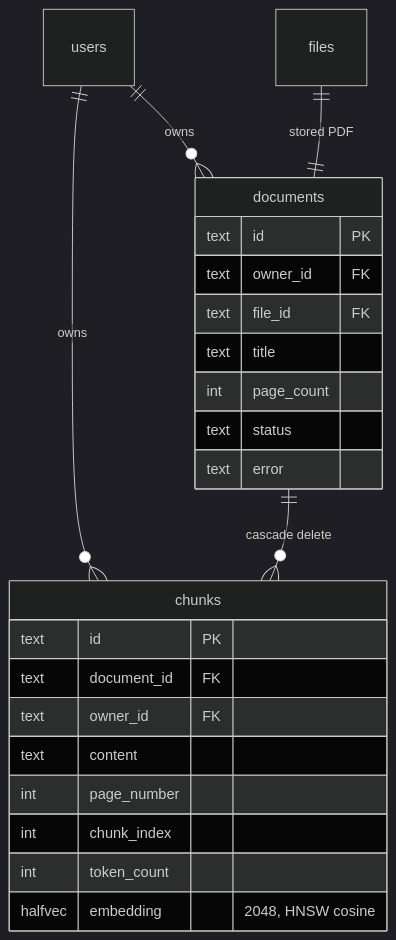
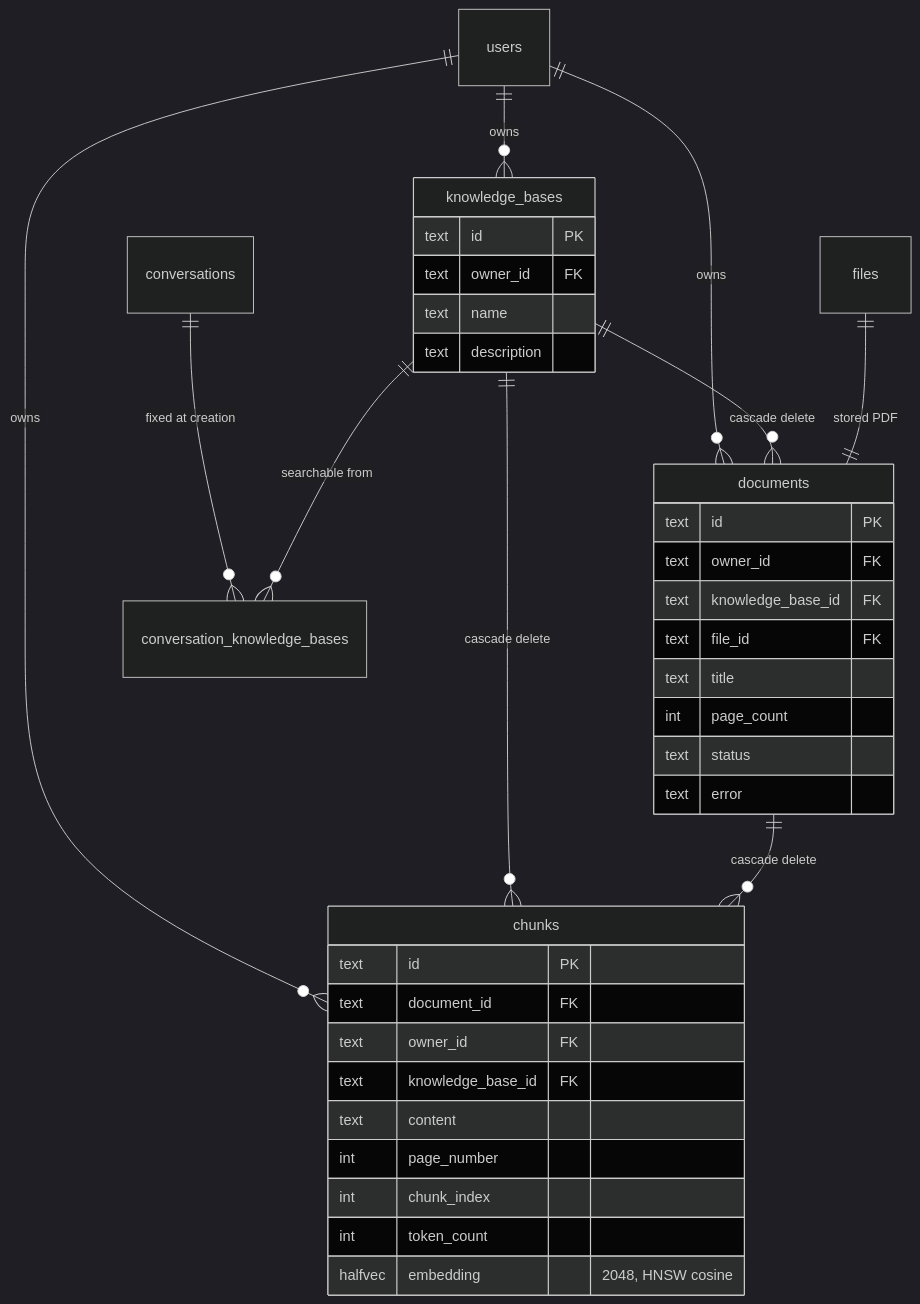
The fourth of 6 diagrams in docs/rag.md (devdaviddr/nextjs-rag-boilerplate), drawn with Mermaid (dark theme) before and after one commit. The commit also changed other lines of this file and 49 other files, not shown here.

First line of the commit message:
feat(rag): independent knowledge bases and agentic retrieval loop

````diff
--- a/docs/rag.md
+++ b/docs/rag.md
@@ -261,27 +261,40 @@
 ```mermaid
 erDiagram
+    users ||--o{ knowledge_bases : owns
     users ||--o{ documents : owns
     users ||--o{ chunks : owns
+    knowledge_bases ||--o{ documents : "cascade delete"
+    knowledge_bases ||--o{ chunks : "cascade delete"
     documents ||--o{ chunks : "cascade delete"
     files ||--|| documents : "stored PDF"
+    conversations ||--o{ conversation_knowledge_bases : "fixed at creation"
+    knowledge_bases ||--o{ conversation_knowledge_bases : "searchable from"
 
+    knowledge_bases {
+        text id PK
+        text owner_id FK
+        text name
+        text description
+    }
     documents {
         text id PK
         text owner_id FK
+        text knowledge_base_id FK
         text file_id FK
         text title
         int page_count
         text status
         text error
     }
     chunks {
         text id PK
         text document_id FK
         text owner_id FK
+        text knowledge_base_id FK
         text content
         int page_number
         int chunk_index
         int token_count
         halfvec embedding "2048, HNSW cosine"
     }
 ```
````
